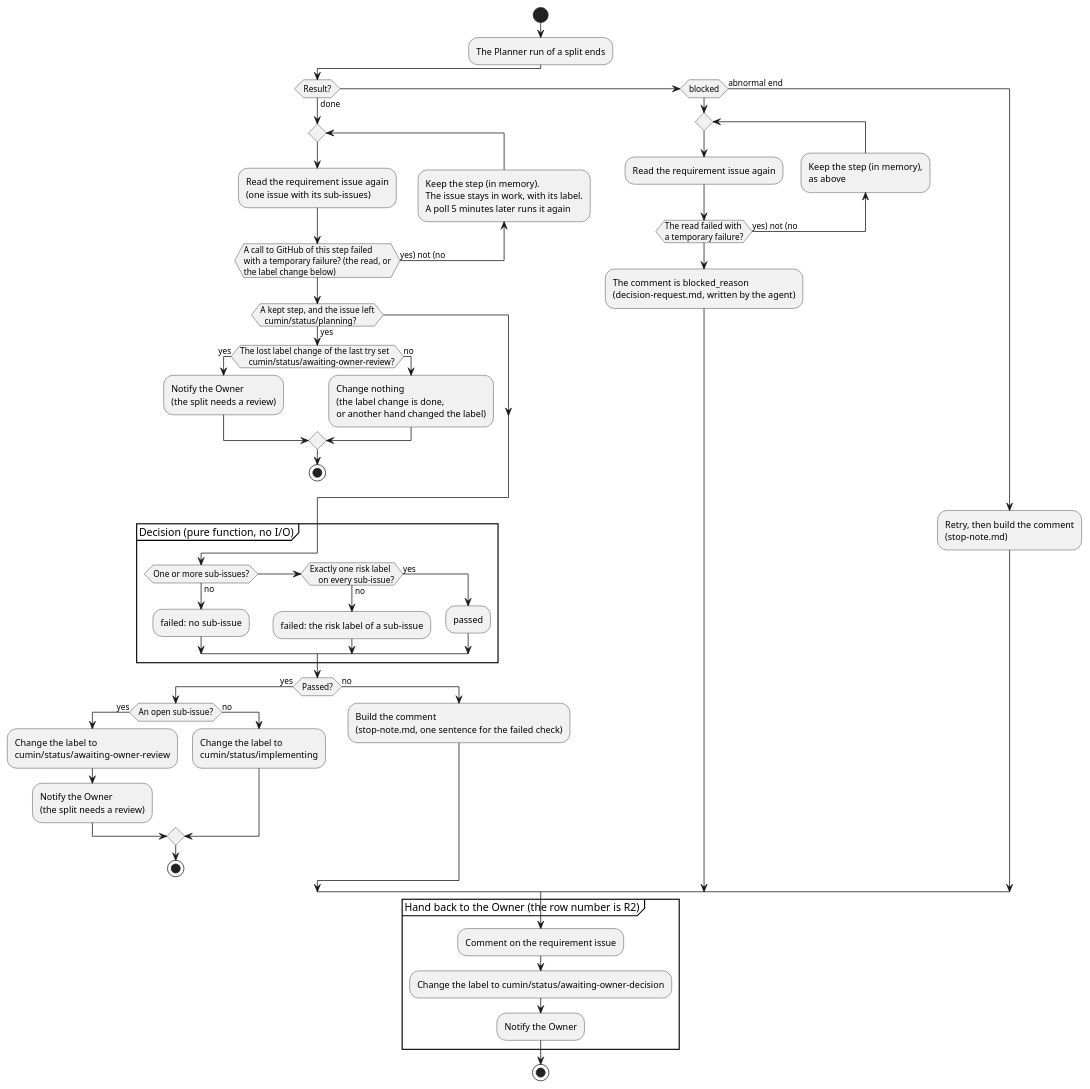
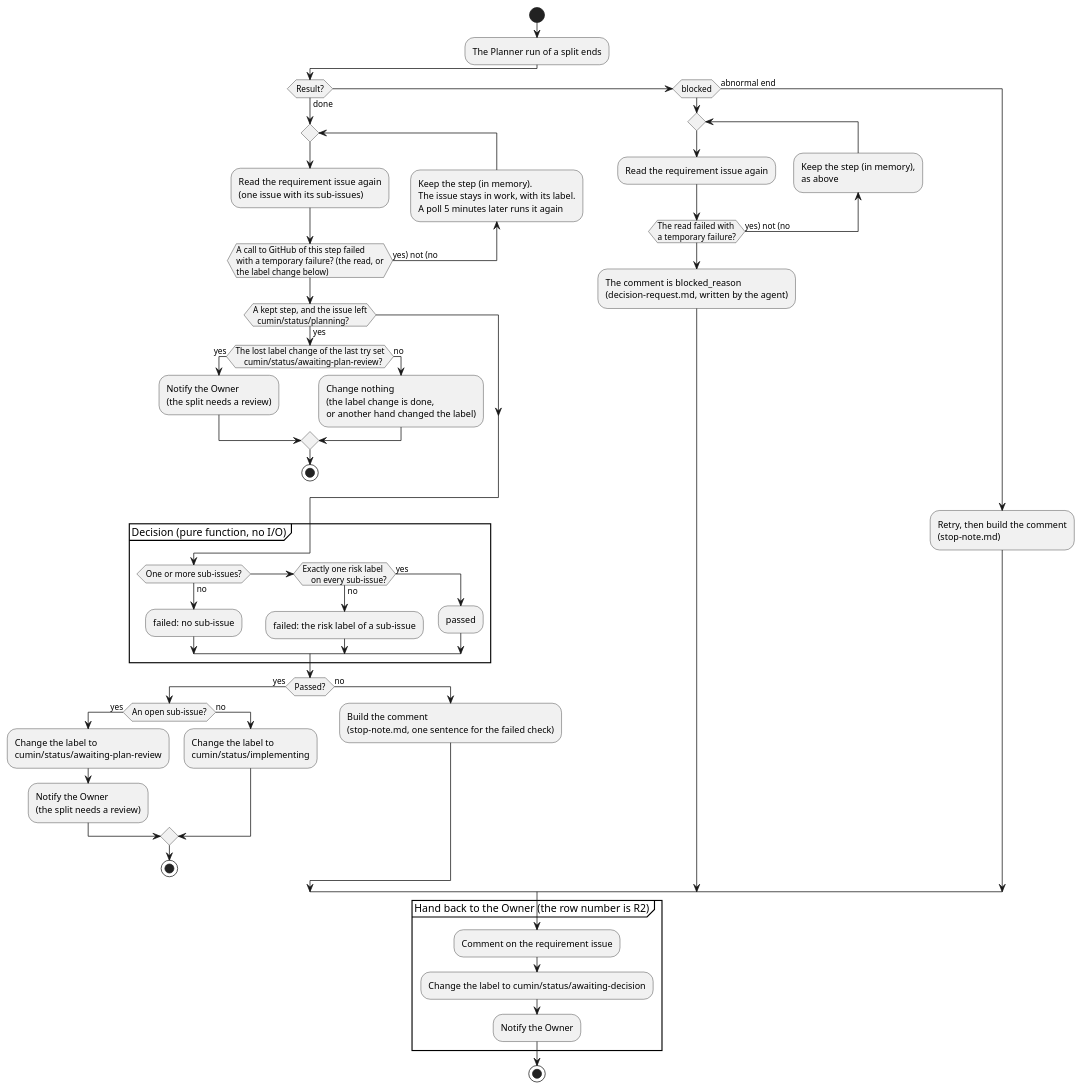
Before and after one commit to cloveclovedev/cumin-works: the diagram in docs/ja/designs/poll-split.puml, drawn with PlantUML. The commit also changed 56 other files, not shown here.

```diff
--- a/docs/ja/designs/poll-split.puml
+++ b/docs/ja/designs/poll-split.puml
@@ -1,78 +1,78 @@
 @startuml poll-split
 ' cumin works - the end of a Planner run that split a requirement issue (R2): the check of the split, the kept step after a temporary failure, and the way back to the Owner.
 ' Document: poll.md, section on the end of a run.
 ' Render: run scripts/render-diagrams.sh at the root of the repository.
 skinparam shadowing false
 skinparam defaultFontName sans-serif
 
 start
 :The Planner run of a split ends;
 if (Result?) then (done)
   repeat
     :Read the requirement issue again
     (one issue with its sub-issues);
     backward :Keep the step (in memory).
     The issue stays in work, with its label.
     A poll 5 minutes later runs it again;
   repeat while (A call to GitHub of this step failed
   with a temporary failure? (the read, or
   the label change below)) is (yes) not (no)
   if (A kept step, and the issue left
   cumin/status/planning?) then (yes)
     if (The lost label change of the last try set
-    cumin/status/awaiting-owner-review?) then (yes)
+    cumin/status/awaiting-plan-review?) then (yes)
       :Notify the Owner
       (the split needs a review);
     else (no)
       :Change nothing
       (the label change is done,
       or another hand changed the label);
     endif
     stop
   endif
   partition "Decision (pure function, no I/O)" {
     if (One or more sub-issues?) then (no)
       :failed: no sub-issue;
     elseif (Exactly one risk label
     on every sub-issue?) then (no)
       :failed: the risk label of a sub-issue;
     else (yes)
       :passed;
     endif
   }
   if (Passed?) then (yes)
     if (An open sub-issue?) then (yes)
       :Change the label to
-      cumin/status/awaiting-owner-review;
+      cumin/status/awaiting-plan-review;
       :Notify the Owner
       (the split needs a review);
     else (no)
       :Change the label to
       cumin/status/implementing;
     endif
     stop
   else (no)
     :Build the comment
     (stop-note.md, one sentence for the failed check);
   endif
 elseif (blocked) then
   repeat
     :Read the requirement issue again;
     backward :Keep the step (in memory),
     as above;
   repeat while (The read failed with
   a temporary failure?) is (yes) not (no)
   :The comment is blocked_reason
   (decision-request.md, written by the agent);
 else (abnormal end)
   :Retry, then build the comment
   (stop-note.md);
 endif
 
 partition "Hand back to the Owner (the row number is R2)" {
   :Comment on the requirement issue;
-  :Change the label to cumin/status/awaiting-owner-decision;
+  :Change the label to cumin/status/awaiting-decision;
   :Notify the Owner;
 }
 stop
 @enduml
```
